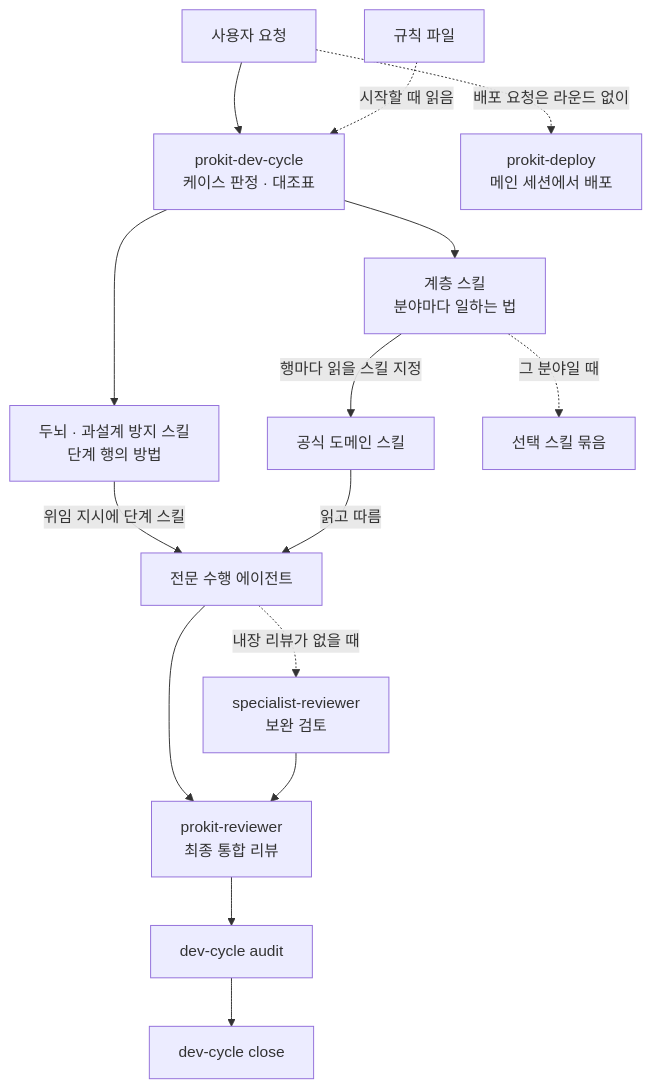
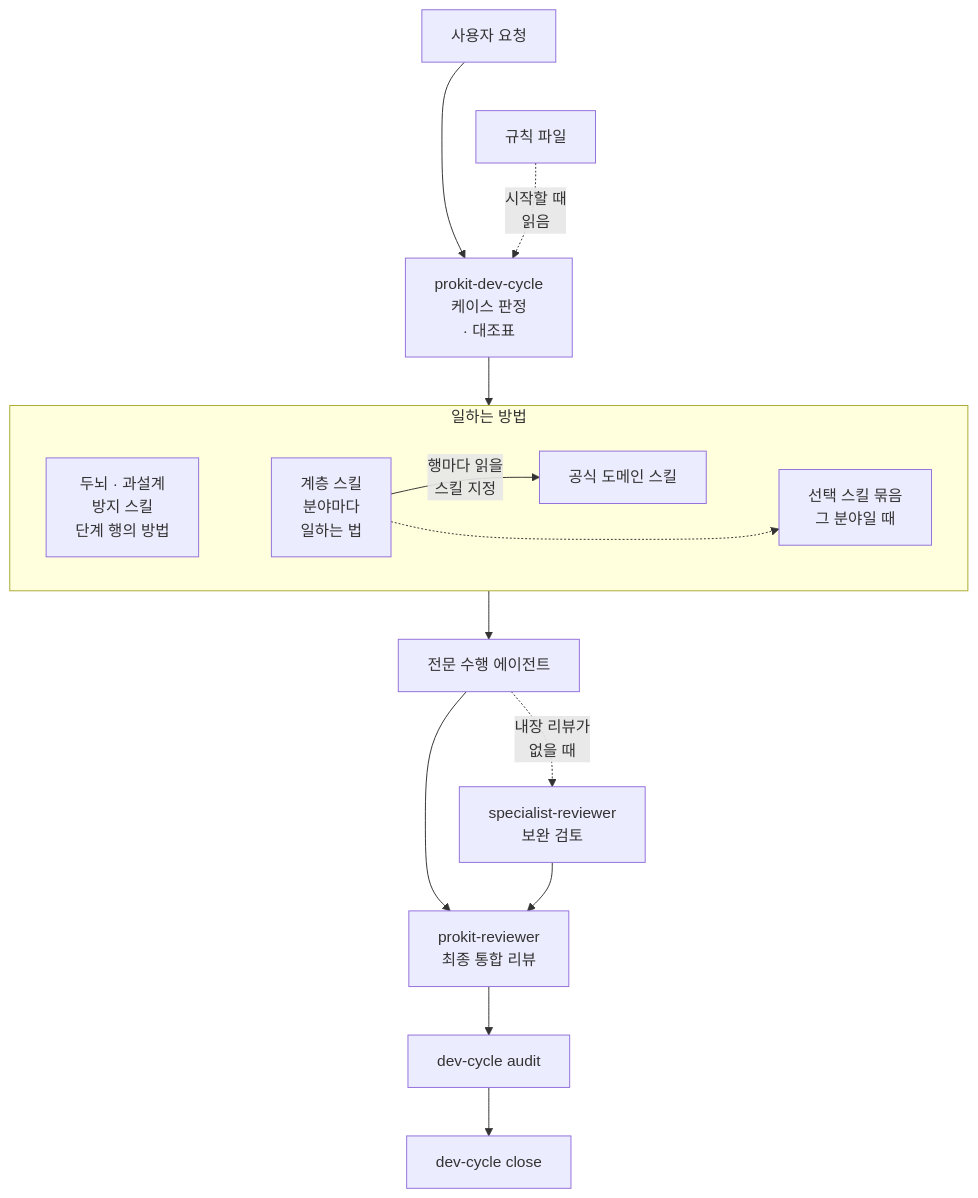
One commit to roadkwon-ai/pro-kit changed the diagram in handbook/concepts/harness.md. Above: the diagram before and after it, drawn with Mermaid. The commit also changed other lines of this file and 26 other files, not shown here.

````diff
--- a/handbook/concepts/harness.md
+++ b/handbook/concepts/harness.md
@@ -48,22 +48,24 @@
 ```mermaid
 ---
 config:
   flowchart:
-    wrappingWidth: 220
+    wrappingWidth: 150
 ---
 flowchart TB
-  REQ["사용자 요청"] --> DC["prokit-dev-cycle<br/>케이스 판정 · 대조표"]
-  RULES["규칙 파일"] -.->|"시작할 때 읽음"| DC
-  REQ -.->|"배포 요청은 라운드 없이"| DEP["prokit-deploy<br/>메인 세션에서 배포"]
-  DC --> PROC["두뇌 · 과설계 방지 스킬<br/>단계 행의 방법"]
-  DC --> LAYER["계층 스킬<br/>분야마다 일하는 법"]
-  LAYER -->|"행마다 읽을 스킬 지정"| OFF["공식 도메인 스킬"]
-  LAYER -.->|"그 분야일 때"| OPT["선택 스킬 묶음"]
-  PROC -->|"위임 지시에 단계 스킬"| IMP["전문 수행 에이전트"]
-  OFF -->|"읽고 따름"| IMP
-  IMP -.->|"내장 리뷰가 없을 때"| SREV["specialist-reviewer<br/>보완 검토"]
+  REQ["사용자 요청"] --> DC["prokit-dev-cycle<br/>케이스 판정<br/>· 대조표"]
+  RULES["규칙 파일"] -.->|"시작할 때<br/>읽음"| DC
+  REQ ~~~ RULES
+  DC --> G
+  subgraph G["일하는 방법"]
+    PROC["두뇌 · 과설계<br/>방지 스킬<br/>단계 행의 방법"] ~~~ LAYER["계층 스킬<br/>분야마다<br/>일하는 법"]
+    LAYER -->|"행마다 읽을<br/>스킬 지정"| OFF["공식 도메인 스킬"]
+    OFF ~~~ OPT["선택 스킬 묶음<br/>그 분야일 때"]
+    LAYER -.-> OPT
+  end
+  G --> IMP["전문 수행 에이전트"]
+  IMP -.->|"내장 리뷰가<br/>없을 때"| SREV["specialist-reviewer<br/>보완 검토"]
   IMP --> REV["prokit-reviewer<br/>최종 통합 리뷰"]
   SREV --> REV
   REV --> AUD["dev-cycle audit"]
   AUD --> CLOSE["dev-cycle close"]
 ```
````
